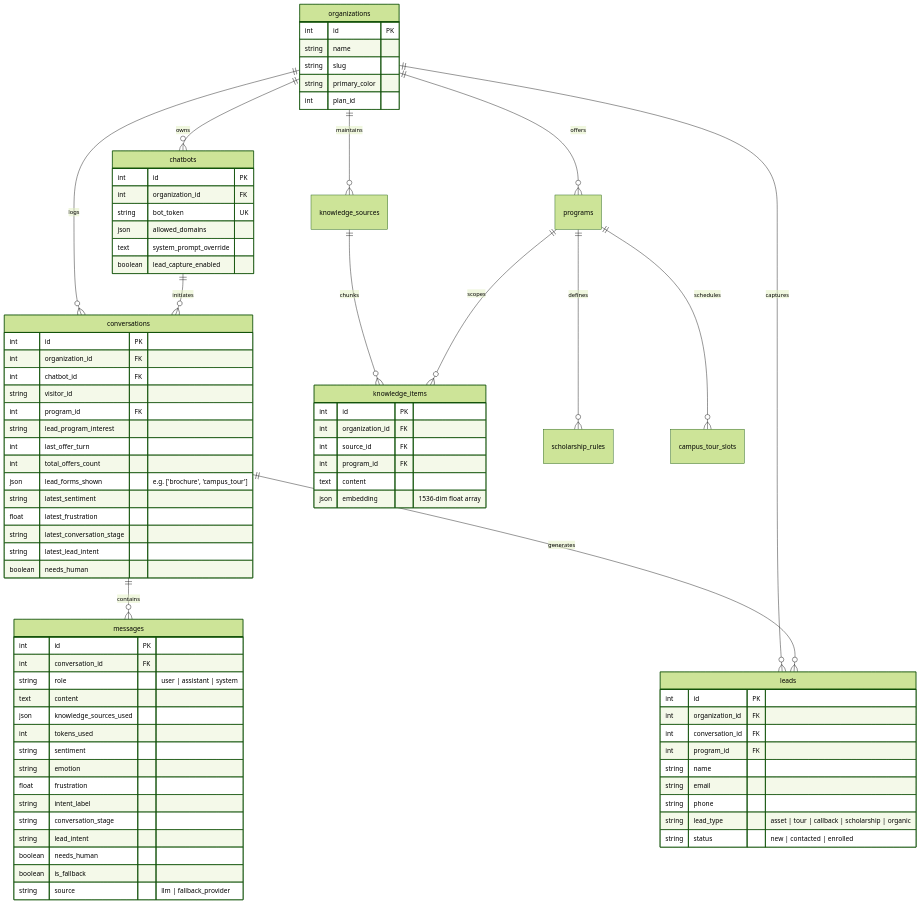
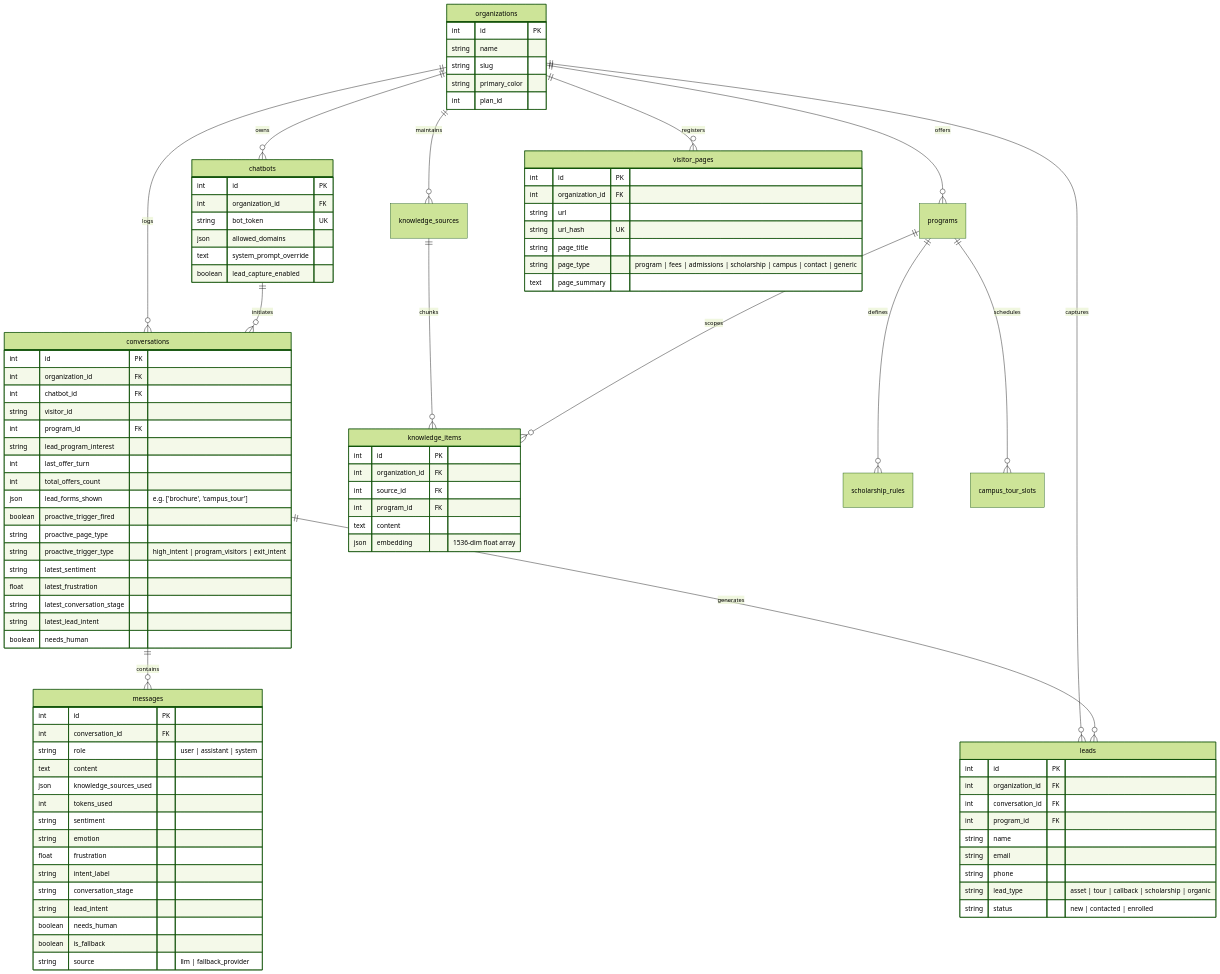
Before and after one commit to salankhalkho/edvora-chat: the sixth of 6 diagrams in architecture_chatbot.md, drawn with Mermaid (forest theme). The commit also changed other lines of this file and 1 other file, not shown here.

Commit message:
docs: update architecture and chatbot guides with proactive triggers and visitor_pages registry

```diff
--- a/architecture_chatbot.md
+++ b/architecture_chatbot.md
@@ -541,6 +554,7 @@
     organizations ||--o{ knowledge_sources : maintains
     organizations ||--o{ conversations : logs
     organizations ||--o{ leads : captures
+    organizations ||--o{ visitor_pages : registers
 
     chatbots ||--o{ conversations : initiates
     conversations ||--o{ messages : contains
@@ -568,6 +582,16 @@
         boolean lead_capture_enabled
     }
 
+    visitor_pages {
+        int id PK
+        int organization_id FK
+        string url
+        string url_hash UK
+        string page_title
+        string page_type "program | fees | admissions | scholarship | campus | contact | generic"
+        text page_summary
+    }
+
     conversations {
         int id PK
         int organization_id FK
@@ -578,6 +602,9 @@
         int last_offer_turn
         int total_offers_count
         json lead_forms_shown "e.g. ['brochure', 'campus_tour']"
+        boolean proactive_trigger_fired
+        string proactive_page_type
+        string proactive_trigger_type "high_intent | program_visitors | exit_intent"
         string latest_sentiment
         float latest_frustration
         string latest_conversation_stage
```
